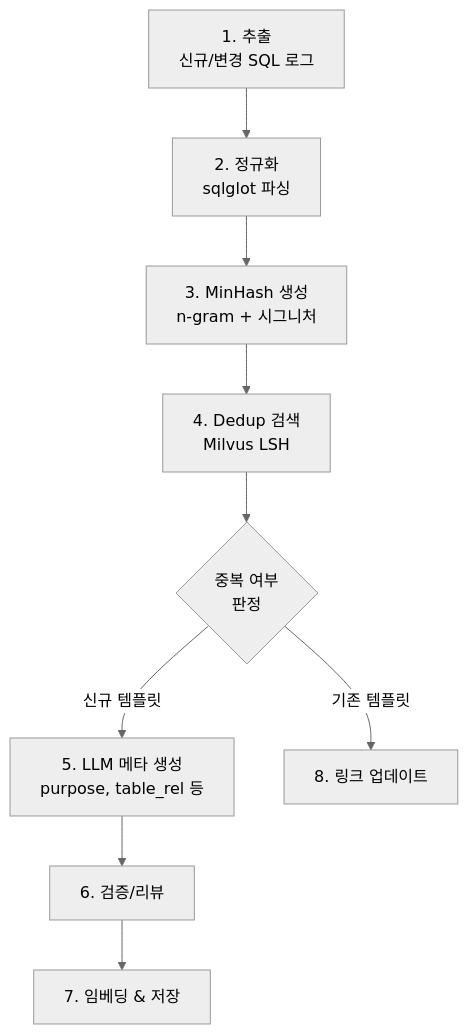
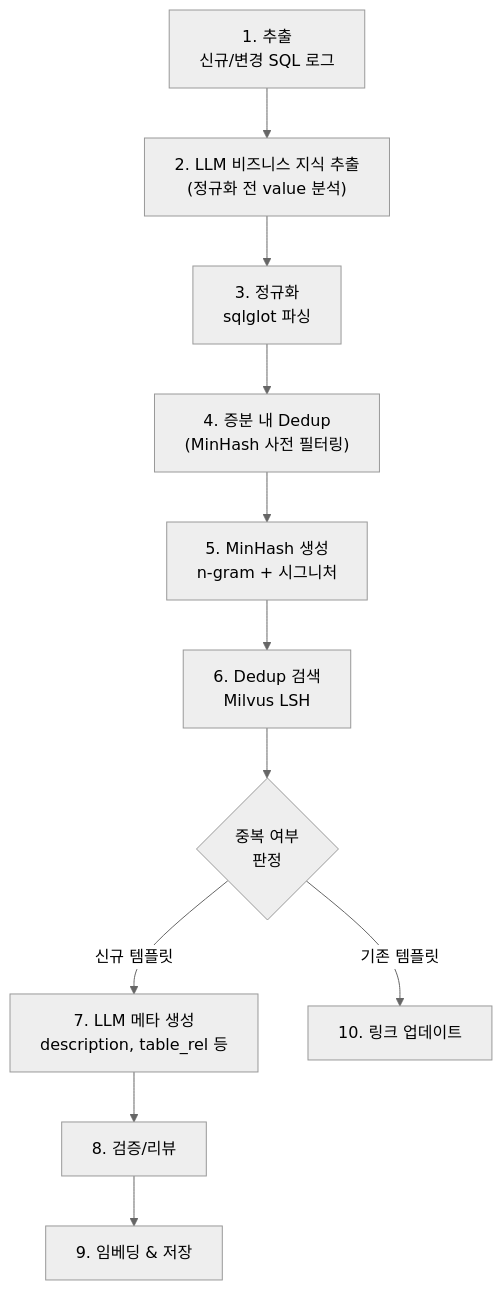
One commit to shadowik/text2sql_pipeline changed the second of 6 diagrams in docs/pipeline_design_draft.md. Above: the diagram before and after it, drawn with Mermaid (neutral theme). The commit also changed other lines of this file, not shown here.

````diff
--- a/docs/pipeline_design_draft.md
+++ b/docs/pipeline_design_draft.md
@@ -63,16 +76,18 @@
 ```mermaid
 flowchart TD
     E1["1. 추출<br/>신규/변경 SQL 로그"]
-    E2["2. 정규화<br/>sqlglot 파싱"]
-    E3["3. MinHash 생성<br/>n-gram + 시그니처"]
-    E4["4. Dedup 검색<br/>Milvus LSH"]
+    E1A["2. LLM 비즈니스 지식 추출<br/>(정규화 전 value 분석)"]
+    E2["3. 정규화<br/>sqlglot 파싱"]
+    E2A["4. 증분 내 Dedup<br/>(MinHash 사전 필터링)"]
+    E3["5. MinHash 생성<br/>n-gram + 시그니처"]
+    E4["6. Dedup 검색<br/>Milvus LSH"]
     E5{"중복 여부<br/>판정"}
-    E6["5. LLM 메타 생성<br/>purpose, table_rel 등"]
-    E7["6. 검증/리뷰"]
-    E8["7. 임베딩 & 저장"]
-    E9["8. 링크 업데이트"]
+    E6["7. LLM 메타 생성<br/>description, table_rel 등"]
+    E7["8. 검증/리뷰"]
+    E8["9. 임베딩 & 저장"]
+    E9["10. 링크 업데이트"]
 
-    E1 --> E2 --> E3 --> E4 --> E5
+    E1 --> E1A --> E2 --> E2A --> E3 --> E4 --> E5
     E5 -->|"신규 템플릿"| E6 --> E7 --> E8
     E5 -->|"기존 템플릿"| E9
 ```
````
